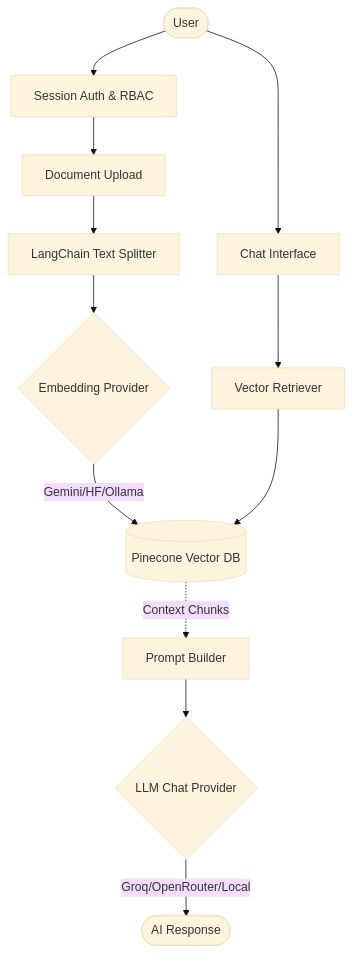
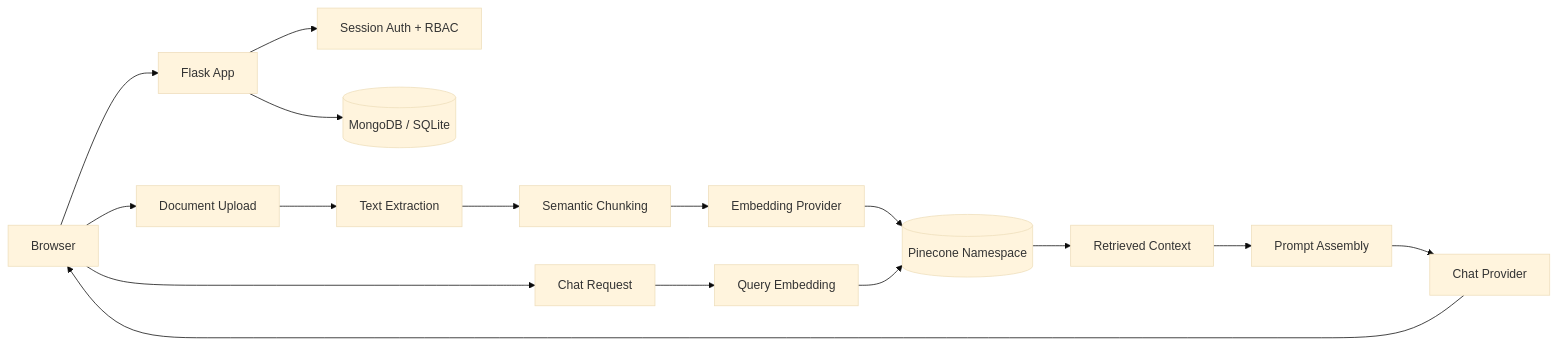
One commit to Valo-Asura/custom_ai_bot changed the first of 4 diagrams in README.md. Above: the diagram before and after it, drawn with Mermaid (base theme). The commit also changed other lines of this file and 17 other files, not shown here.

````diff
--- a/README.md
+++ b/README.md
@@ -44,17 +33,20 @@
 ```mermaid
-graph TD
-    User([User]) --> Auth[Session Auth & RBAC]
-    Auth --> Upload[Document Upload]
-    Upload --> LangChain[LangChain Text Splitter]
-    LangChain --> Embedder{Embedding Provider}
-    
-    Embedder -->|Gemini/HF/Ollama| VectorDB[(Pinecone Vector DB)]
-    
-    User --> Chat[Chat Interface]
-    Chat --> Retriever[Vector Retriever]
-    Retriever --> VectorDB
-    VectorDB -.->|Context Chunks| PromptBuilder[Prompt Builder]
-    
-    PromptBuilder --> LLM{LLM Chat Provider}
-    LLM -->|Groq/OpenRouter/Local| Response([AI Response])
+flowchart LR
+    Browser[Browser] --> Flask[Flask App]
+    Flask --> Auth[Session Auth + RBAC]
+    Flask --> Mongo[(MongoDB / SQLite)]
+
+    Browser --> Upload[Document Upload]
+    Upload --> Extract[Text Extraction]
+    Extract --> Chunk[Semantic Chunking]
+    Chunk --> Embed[Embedding Provider]
+    Embed --> Pinecone[(Pinecone Namespace)]
+
+    Browser --> Chat[Chat Request]
+    Chat --> QueryEmbed[Query Embedding]
+    QueryEmbed --> Pinecone
+    Pinecone --> Context[Retrieved Context]
+    Context --> Prompt[Prompt Assembly]
+    Prompt --> LLM[Chat Provider]
+    LLM --> Browser
 ```
````
